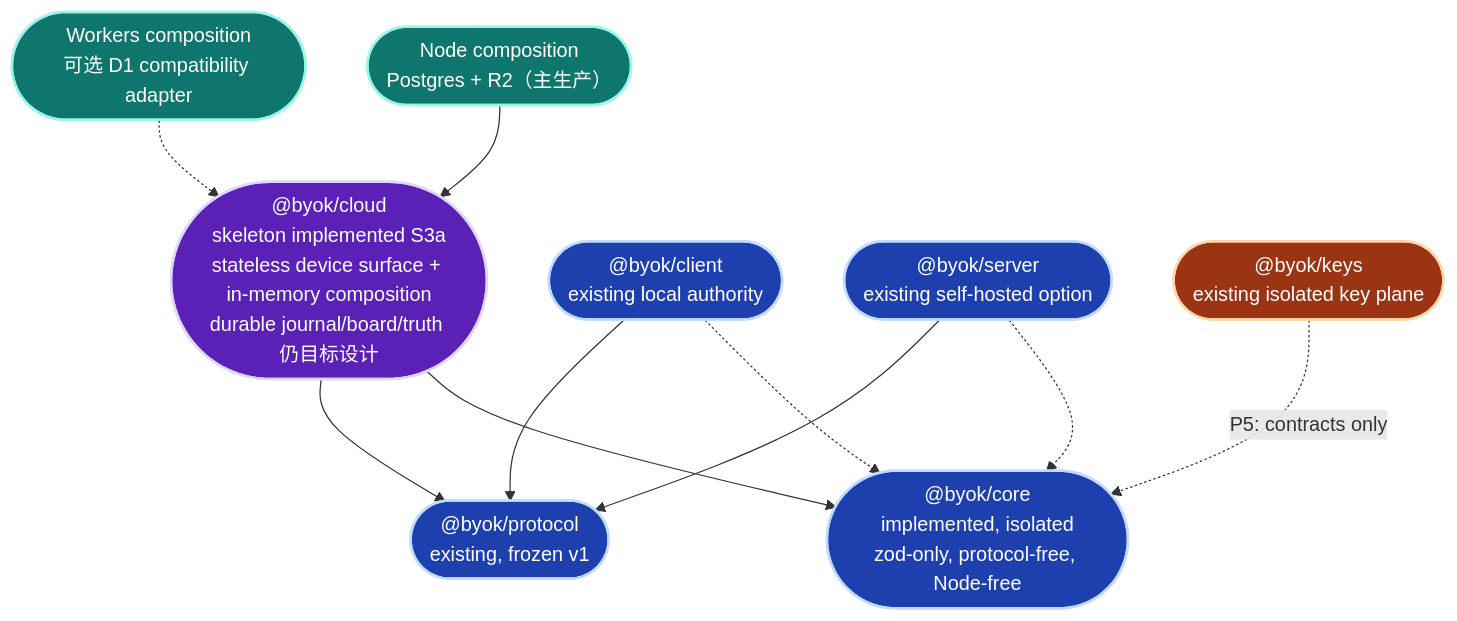
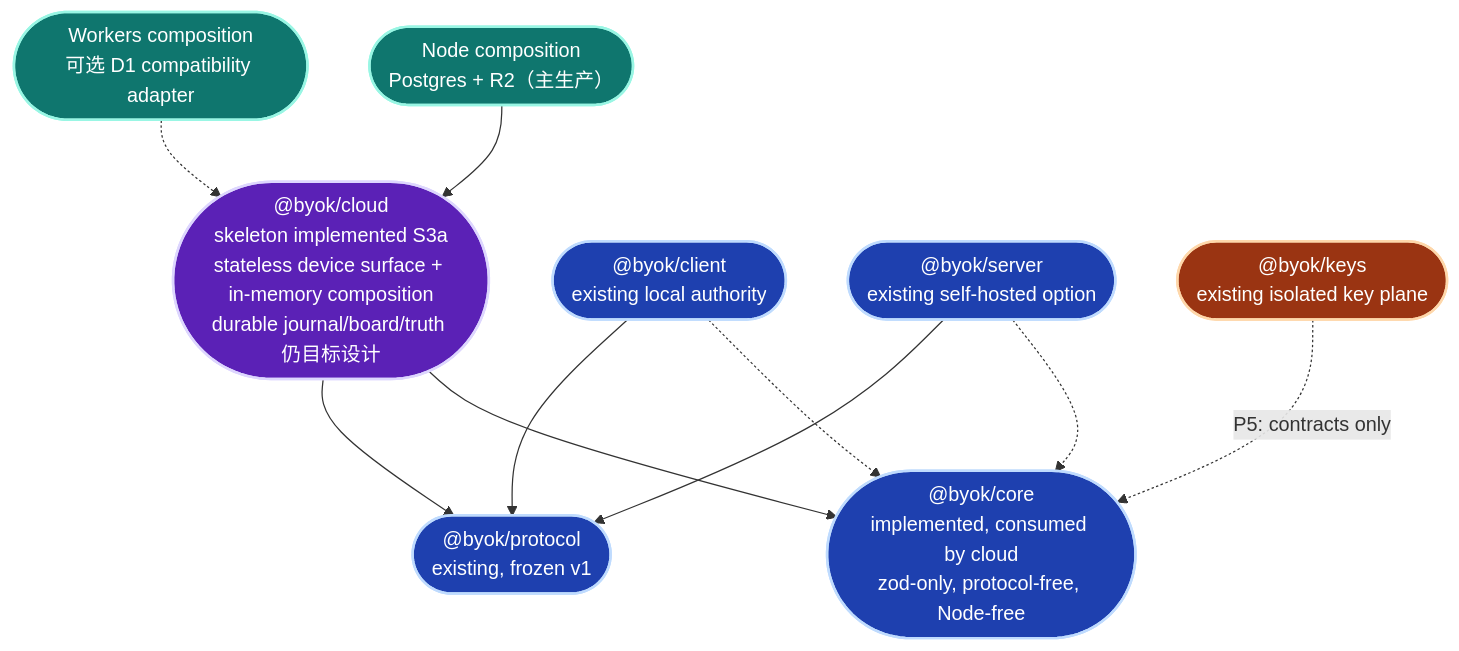
Diagram 16 of 23 in docs/architecture/sdk-architecture.md (Ancienttwo/byok-sdk), drawn with Mermaid before and after one commit. The commit also changed other lines of this file and 3 other files, not shown here.

````diff
--- a/docs/architecture/sdk-architecture.md
+++ b/docs/architecture/sdk-architecture.md
@@ -918,26 +933,26 @@
 ```mermaid
 flowchart TB
   classDef existing fill:#1e40af,stroke:#bfdbfe,stroke-width:2px,color:#fff
   classDef planned fill:#5b21b6,stroke:#ddd6fe,stroke-width:2px,color:#fff
   classDef isolated fill:#9a3412,stroke:#fed7aa,stroke-width:2px,color:#fff
   classDef deploy fill:#0f766e,stroke:#99f6e4,stroke-width:2px,color:#fff
 
   Protocol(["@byok/protocol<br/>existing, frozen v1"]):::existing
-  Core(["@byok/core<br/>implemented, isolated<br/>zod-only, protocol-free, Node-free"]):::existing
+  Core(["@byok/core<br/>implemented, consumed by cloud<br/>zod-only, protocol-free, Node-free"]):::existing
   Cloud(["@byok/cloud<br/>skeleton implemented S3a<br/>stateless device surface + in-memory composition<br/>durable journal/board/truth 仍目标设计"]):::planned
   Client(["@byok/client<br/>existing local authority"]):::existing
   Server(["@byok/server<br/>existing self-hosted option"]):::existing
   Keys(["@byok/keys<br/>existing isolated key plane"]):::isolated
   Node(["Node composition<br/>Postgres + R2（主生产）"]):::deploy
   Workers(["Workers composition<br/>可选 D1 compatibility adapter"]):::deploy
 
   Cloud --> Core
   Cloud --> Protocol
   Client -.-> Core
   Client --> Protocol
   Server -.-> Core
   Server --> Protocol
   Keys -.->|"P5: contracts only"| Core
   Node --> Cloud
   Workers -.-> Cloud
 ```
````
